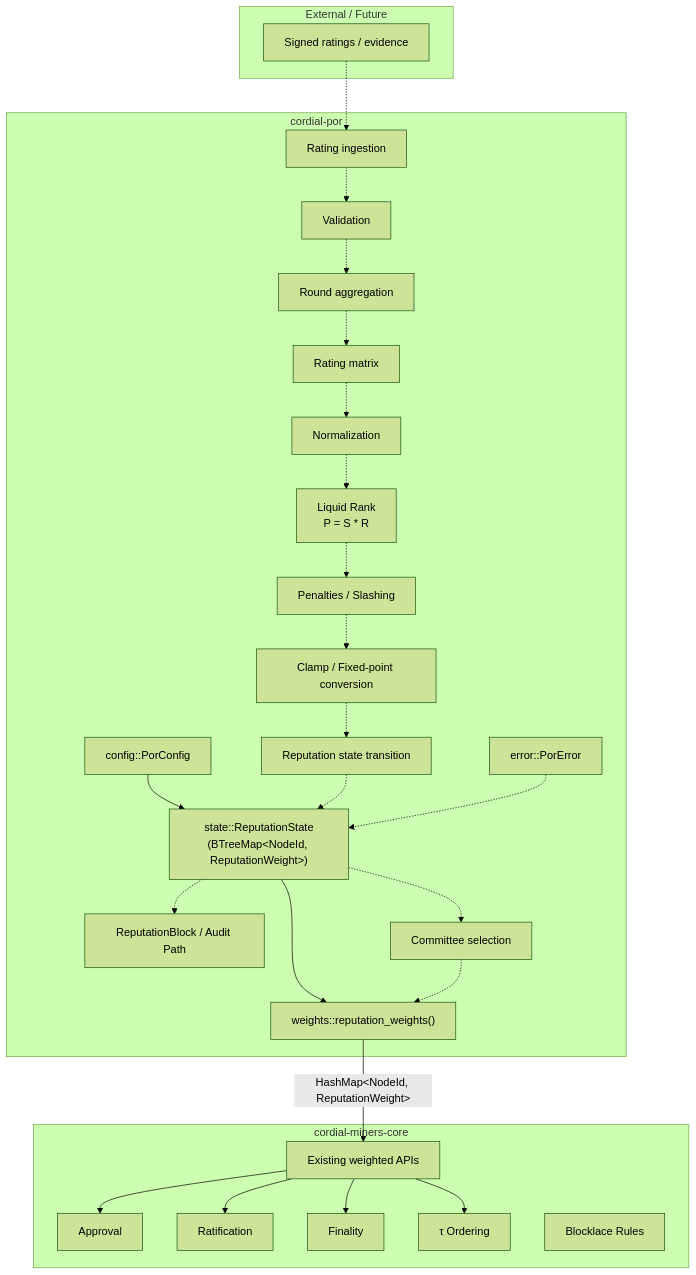
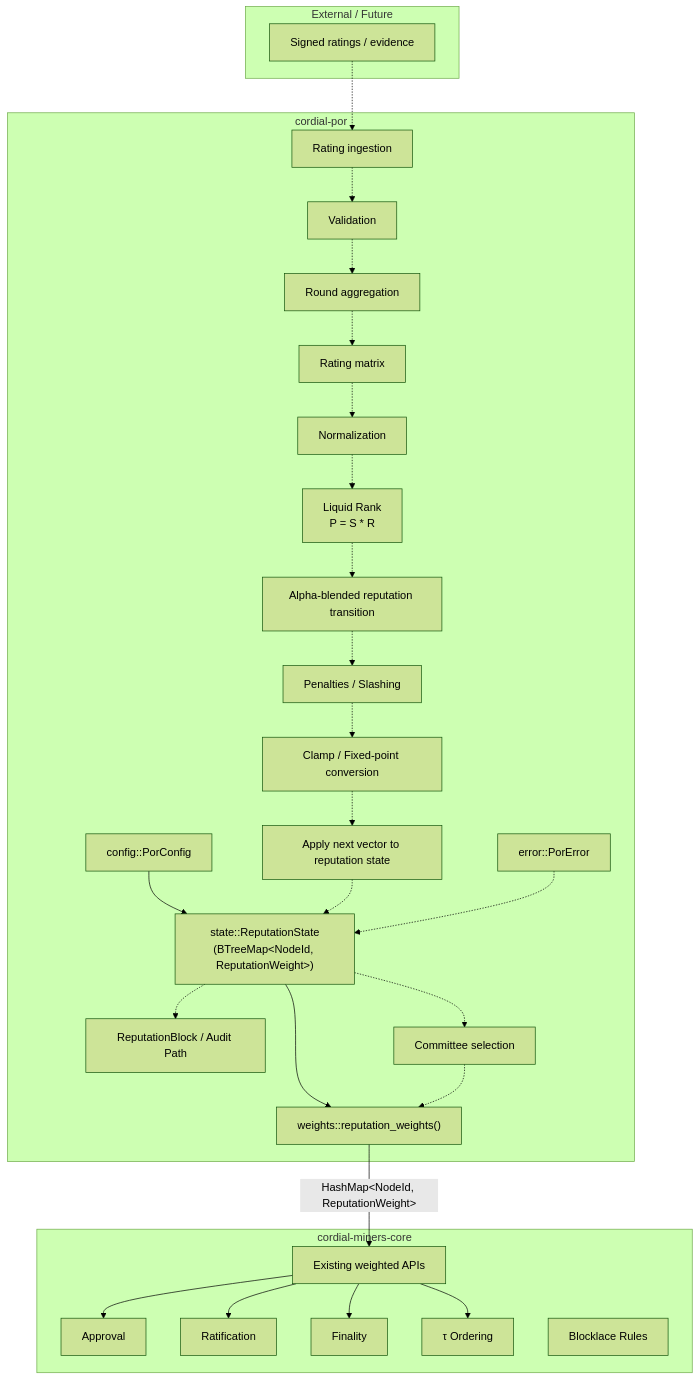
The second of 2 diagrams in crates/cordial-por/docs/00-architecture.md (iCog-Labs-Dev/cordial-f1r3node), drawn with Mermaid (forest theme) before and after one commit. The commit also changed other lines of this file and 12 other files, not shown here.

Commit message:
Update lean-formalization design to allign with quarter plan and add architectural diagram

````diff
--- a/crates/cordial-por/docs/00-architecture.md
+++ b/crates/cordial-por/docs/00-architecture.md
@@ -60,76 +60,78 @@
 ```mermaid
 flowchart TD
 
     %% ---------- External ----------
     subgraph External["External / Future"]
         Ratings["Signed ratings / evidence"]
     end
 
     %% ---------- cordial-por ----------
     subgraph PoR["cordial-por"]
 
         Config["config::PorConfig"]
 
         State["state::ReputationState<br/>(BTreeMap&lt;NodeId, ReputationWeight&gt;)"]
 
         Export["weights::reputation_weights()"]
 
         Audit["ReputationBlock / Audit Path"]
 
         Error["error::PorError"]
 
         Ingest["Rating ingestion"]
         Validate["Validation"]
         Aggregate["Round aggregation"]
         Matrix["Rating matrix"]
         Normalize["Normalization"]
         Liquid["Liquid Rank<br/>P = S * R"]
         Penalty["Penalties / Slashing"]
         Clamp["Clamp / Fixed-point conversion"]
-        Transition["Reputation state transition"]
+        Transition["Alpha-blended reputation transition"]
+        Apply["Apply next vector to reputation state"]
         Committee["Committee selection"]
 
     end
 
     %% ---------- cordial-miners-core ----------
     subgraph Core["cordial-miners-core"]
 
         Weighted["Existing weighted APIs"]
 
         Approval["Approval"]
         Ratification["Ratification"]
         Finality["Finality"]
         Tau["τ Ordering"]
         Blocklace["Blocklace Rules"]
 
     end
 
     %% ---------- Current implemented path ----------
     Config --> State
     State --> Export
     Export -->|"HashMap&lt;NodeId, ReputationWeight&gt;"| Weighted
 
     %% ---------- Future PoR pipeline ----------
     Ratings -.-> Ingest
     Ingest -.-> Validate
     Validate -.-> Aggregate
     Aggregate -.-> Matrix
     Matrix -.-> Normalize
     Normalize -.-> Liquid
-    Liquid -.-> Penalty
+    Liquid -.-> Transition
+    Transition -.-> Penalty
     Penalty -.-> Clamp
-    Clamp -.-> Transition
-    Transition -.-> State
+    Clamp -.-> Apply
+    Apply -.-> State
 
     State -.-> Audit
     State -.-> Committee
     Committee -.-> Export
 
     Error -.-> State
 
     %% ---------- Consumed by Cordial Miners ----------
     Weighted --> Approval
     Weighted --> Ratification
     Weighted --> Finality
     Weighted --> Tau
 ```
````
